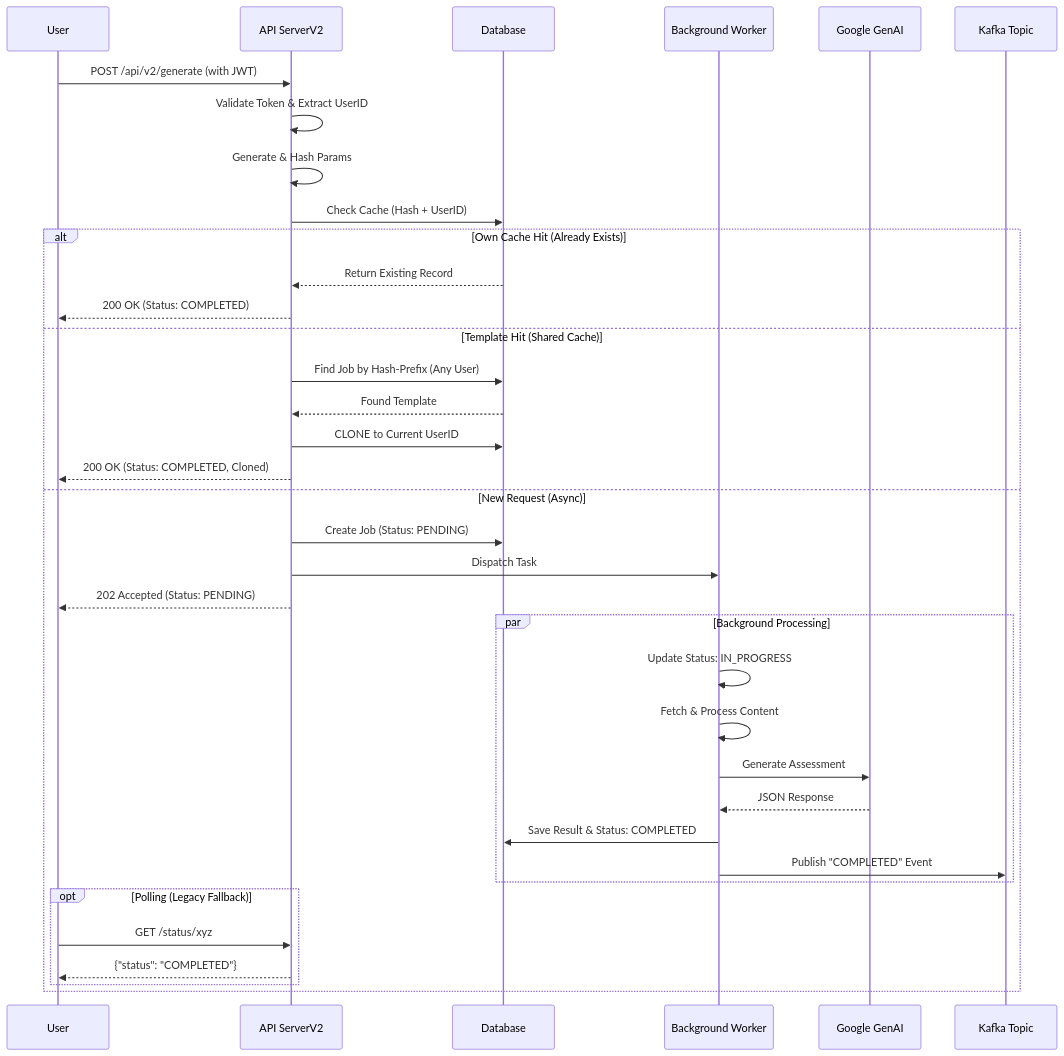
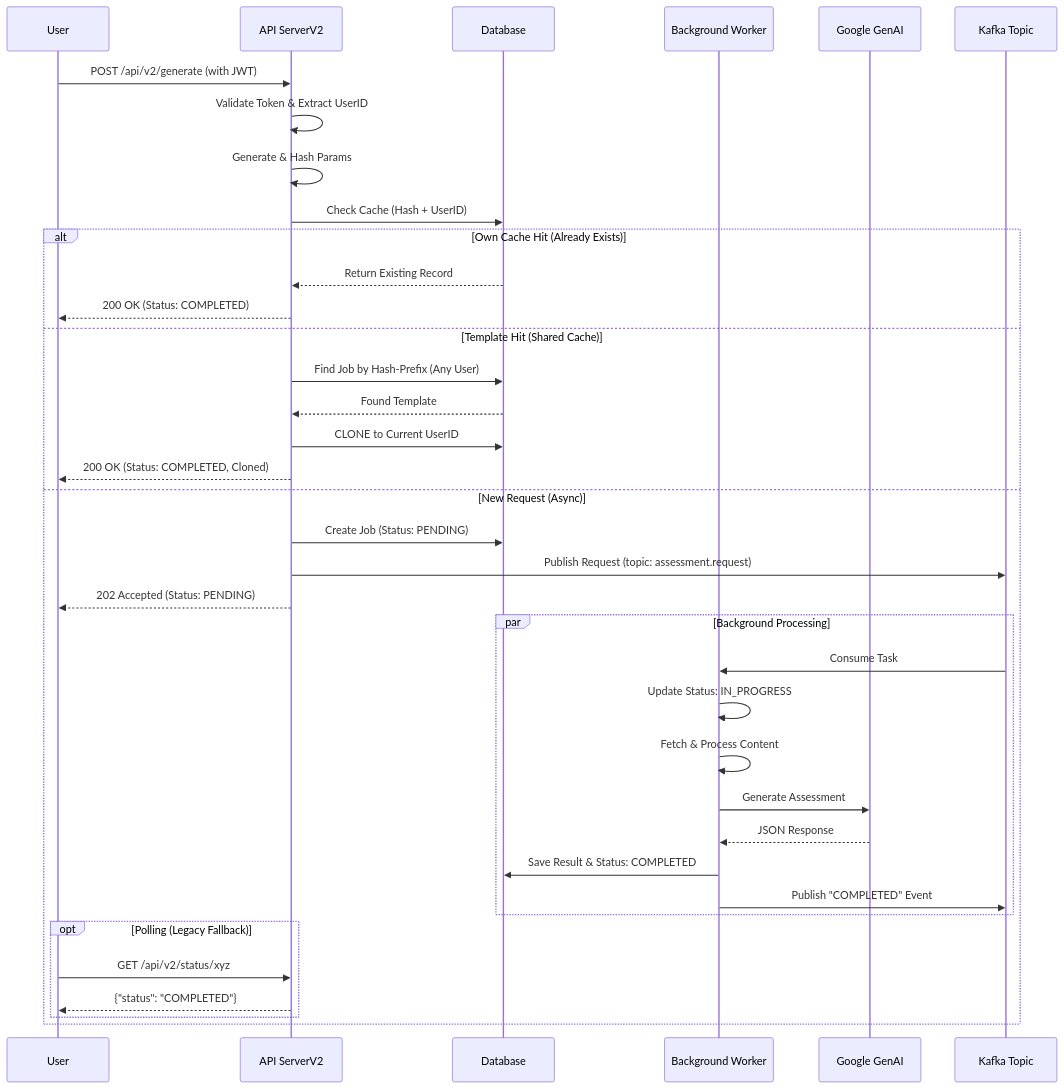
One commit to KB-iGOT/ai-assessment-service changed the second of 3 diagrams in architecture.md. Above: the diagram before and after it, drawn with Mermaid. The commit also changed other lines of this file and 10 other files, not shown here.

Commit message:
fix: V2 Assessment Generator Kafka integration, payload structure, and docs

````diff
--- a/architecture.md
+++ b/architecture.md
@@ -33,45 +37,46 @@
 ```mermaid
 sequenceDiagram
     participant User
     participant API as API ServerV2
     participant DB as Database
     participant Worker as Background Worker
     participant LLM as Google GenAI
     participant Kafka as Kafka Topic
 
     User->>API: POST /api/v2/generate (with JWT)
     API->>API: Validate Token & Extract UserID
     API->>API: Generate & Hash Params
     
     API->>DB: Check Cache (Hash + UserID)
     
     alt Own Cache Hit (Already Exists)
         DB-->>API: Return Existing Record
         API-->>User: 200 OK (Status: COMPLETED)
     
     else Template Hit (Shared Cache)
         API->>DB: Find Job by Hash-Prefix (Any User)
         DB-->>API: Found Template
         API->>DB: CLONE to Current UserID
         API-->>User: 200 OK (Status: COMPLETED, Cloned)
         
     else New Request (Async)
         API->>DB: Create Job (Status: PENDING)
-        API->>Worker: Dispatch Task
+        API->>Kafka: Publish Request (topic: assessment.request)
         API-->>User: 202 Accepted (Status: PENDING)
         
         par Background Processing
+            Kafka->>Worker: Consume Task
             Worker->>Worker: Update Status: IN_PROGRESS
             Worker->>Worker: Fetch & Process Content
             Worker->>LLM: Generate Assessment
             LLM-->>Worker: JSON Response
             Worker->>DB: Save Result & Status: COMPLETED
             Worker->>Kafka: Publish "COMPLETED" Event
         end
         
         opt Polling (Legacy Fallback)
-            User->>API: GET /status/xyz
+            User->>API: GET /api/v2/status/xyz
             API-->>User: {"status": "COMPLETED"}
         end
     end
 ```
````
